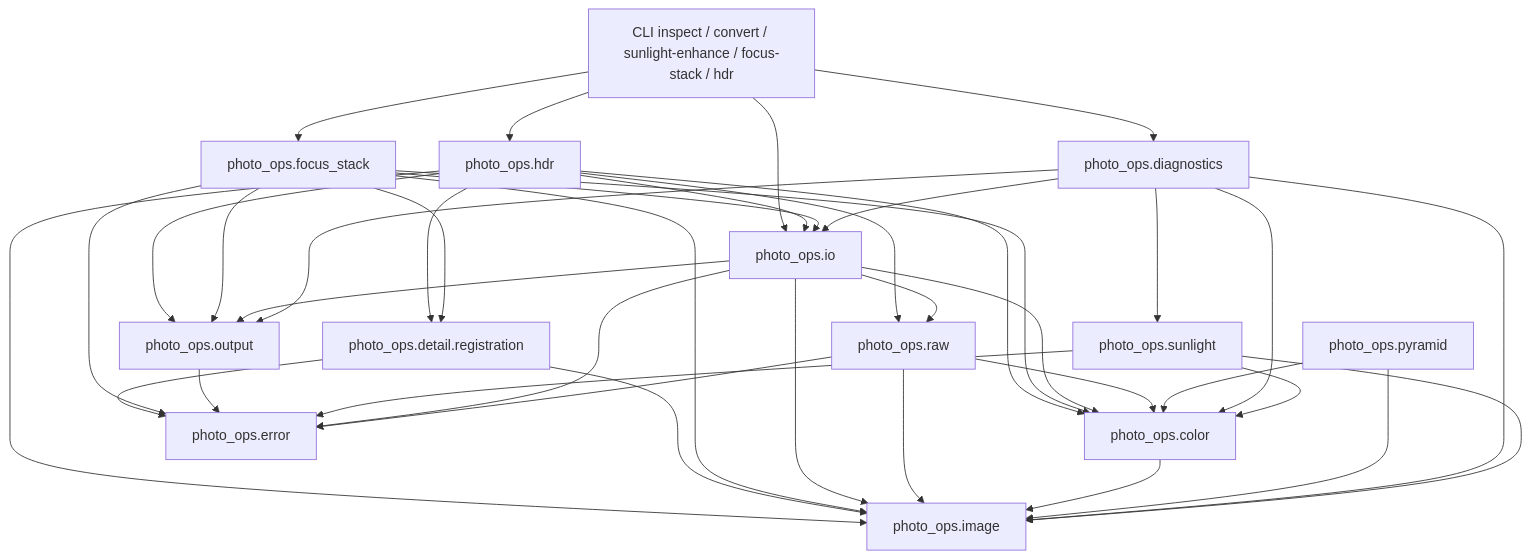
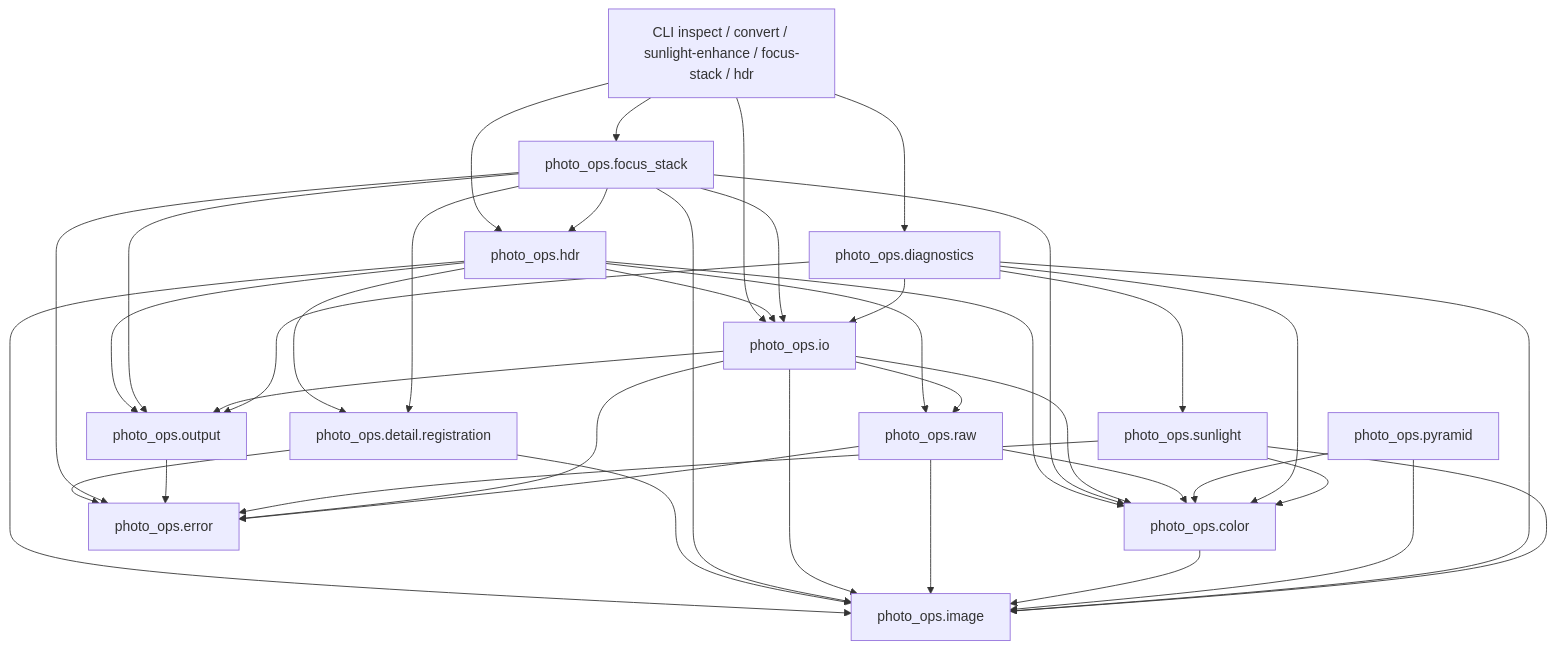
One commit to jipeng4974/photo-ops changed the diagram in docs/architecture.md. Above: the diagram before and after it, drawn with Mermaid. The commit also changed other lines of this file and 20 other files, not shown here.

````diff
--- a/docs/architecture.md
+++ b/docs/architecture.md
@@ -5,41 +5,42 @@
 ```mermaid
 graph TD
     CLI[CLI inspect / convert / sunlight-enhance / focus-stack / hdr] --> IO[photo_ops.io]
     CLI --> DIAG[photo_ops.diagnostics]
     CLI --> FOCUS[photo_ops.focus_stack]
     CLI --> HDR[photo_ops.hdr]
     HDR --> REG[photo_ops.detail.registration]
+    FOCUS --> HDR
     FOCUS --> REG
     HDR --> RAW
     HDR --> IO
     HDR --> OUT
     HDR --> IMAGE
     HDR --> COLOR
     REG --> IMAGE
     REG --> ERR
     FOCUS --> IO
     FOCUS --> OUT
     FOCUS --> IMAGE
     FOCUS --> COLOR
     FOCUS --> ERR
     IO --> OUT[photo_ops.output]
     OUT --> ERR
     DIAG --> OUT
     IO --> RAW[photo_ops.raw]
     IO --> COLOR[photo_ops.color]
     IO --> IMAGE[photo_ops.image]
     RAW --> IMAGE
     RAW --> COLOR
     COLOR --> IMAGE
     PYRAMID[photo_ops.pyramid] --> COLOR
     PYRAMID --> IMAGE
     DIAG --> COLOR
     DIAG --> IMAGE
     DIAG --> SUN[photo_ops.sunlight]
     DIAG --> IO
     SUN --> COLOR
     SUN --> IMAGE
     SUN --> ERR[photo_ops.error]
     IO --> ERR
     RAW --> ERR
 ```
````
